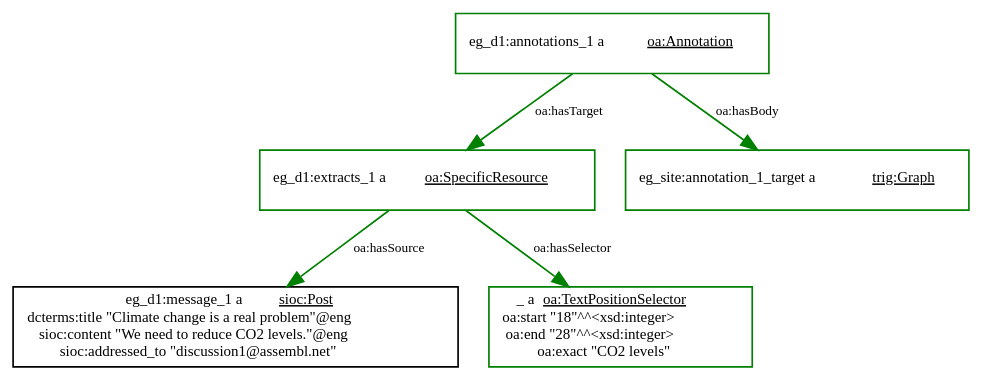
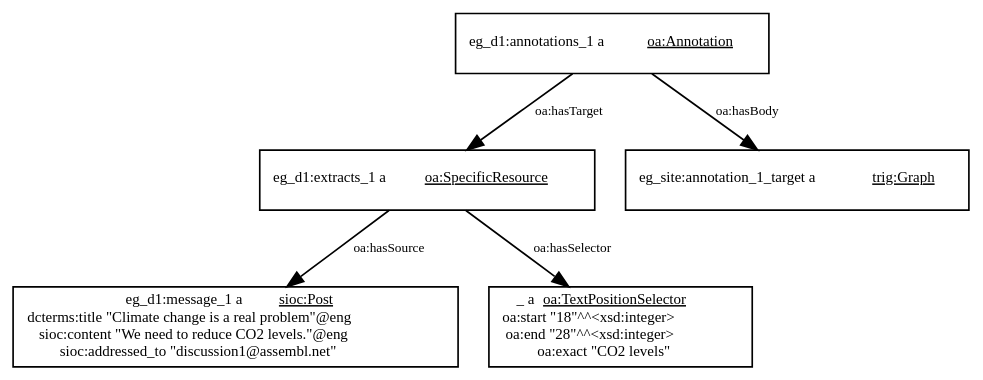
One commit to catalyst-fp7/documents changed the tenth of 16 diagrams in interoperability/interoperability.md. Above: the diagram before and after it, drawn with Graphviz. The commit also changed other lines of this file, not shown here.

Commit message:
some diagram changes

````diff
--- a/interoperability/interoperability.md
+++ b/interoperability/interoperability.md
@@ -537,26 +566,26 @@
-```graphviz
+```graphviz 0.65
 digraph g {
     graph [bgcolor="transparent", rankdir="TB", compound="true"];
     node [fillcolor=white, style=filled,  shape=record, fontsize=9];
     edge [fontsize=8];
     post1 [label=<<table border='0' cellborder='0' cellpadding='0' cellspacing='0'>
         <tr><td>eg_d1:message_1 a <U>sioc:Post</U></td></tr>
         <tr><td>dcterms:title "Climate change is a real problem"@eng</td></tr>
         <tr><td>sioc:content "We need to reduce CO2 levels."@eng</td></tr>
         <tr><td>sioc:addressed_to "discussion1@assembl.net"</td></tr>
     </table>>];
-    extract1 [label=<eg_d1:extracts_1 a <U>oa:SpecificResource</U>>, color="green"];
+    extract1 [label=<eg_d1:extracts_1 a <U>oa:SpecificResource</U>>];
     selection1 [label=<<table border='0' cellborder='0' cellpadding='0' cellspacing='0'>
         <tr><td>_ a <U>oa:TextPositionSelector</U></td></tr>
         <tr><td>oa:start "18"^^&lt;xsd:integer&gt;</td></tr>
         <tr><td>oa:end "28"^^&lt;xsd:integer&gt;</td></tr>
         <tr><td>oa:exact "CO2 levels"</td></tr>
-    </table>>, color="green"];
-    extract1->selection1 [label="oa:hasSelector", color="green"];
-    extract1->post1 [label="oa:hasSource", color="green"];
-    annotation1 [label=<eg_d1:annotations_1 a <U>oa:Annotation</U>>, color="green"];
-    annotation1->extract1 [label="oa:hasTarget", color="green"];
-    annotation1->cluster_ann1 [label="oa:hasBody", color="green"];
-    cluster_ann1 [label=<eg_site:annotation_1_target a <U>trig:Graph</U>>, color="green"];
+    </table>>];
+    extract1->selection1 [label="oa:hasSelector"];
+    extract1->post1 [label="oa:hasSource"];
+    annotation1 [label=<eg_d1:annotations_1 a <U>oa:Annotation</U>>];
+    annotation1->extract1 [label="oa:hasTarget"];
+    annotation1->cluster_ann1 [label="oa:hasBody"];
+    cluster_ann1 [label=<eg_site:annotation_1_target a <U>trig:Graph</U>>];
 }
 ```
````
